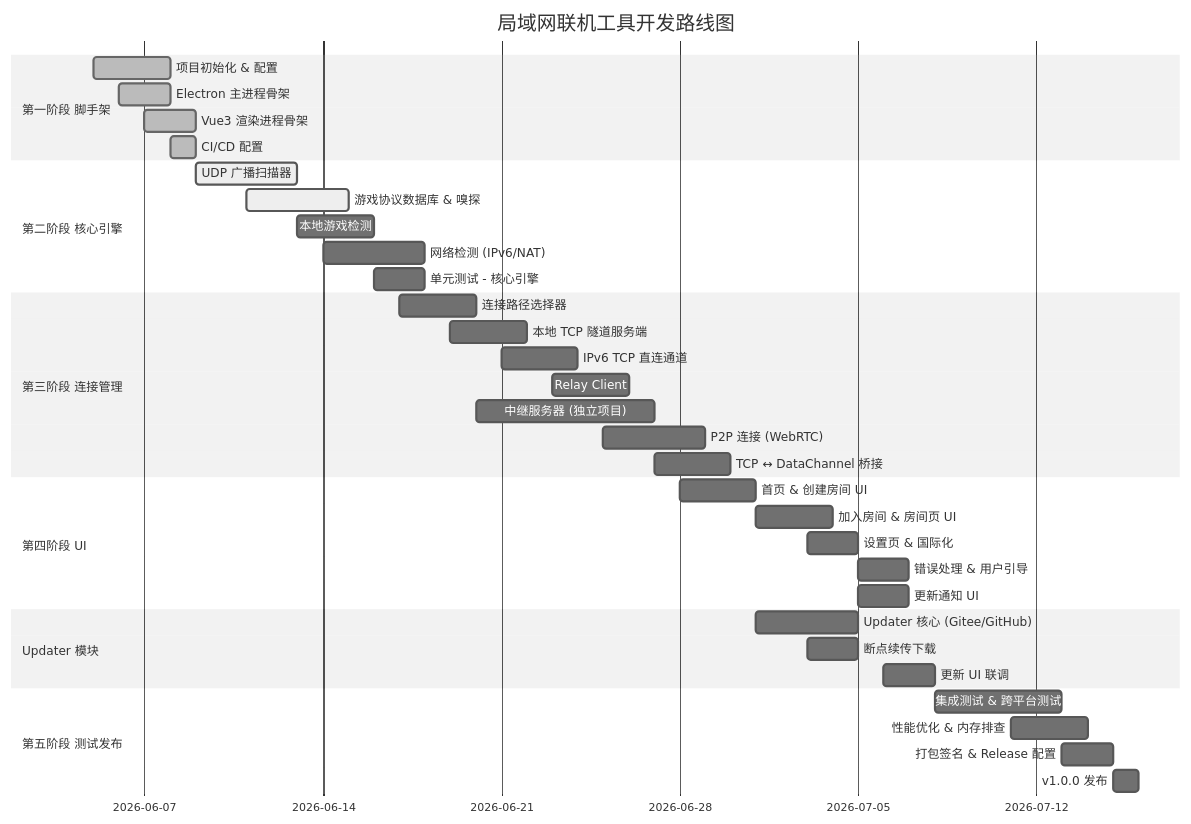
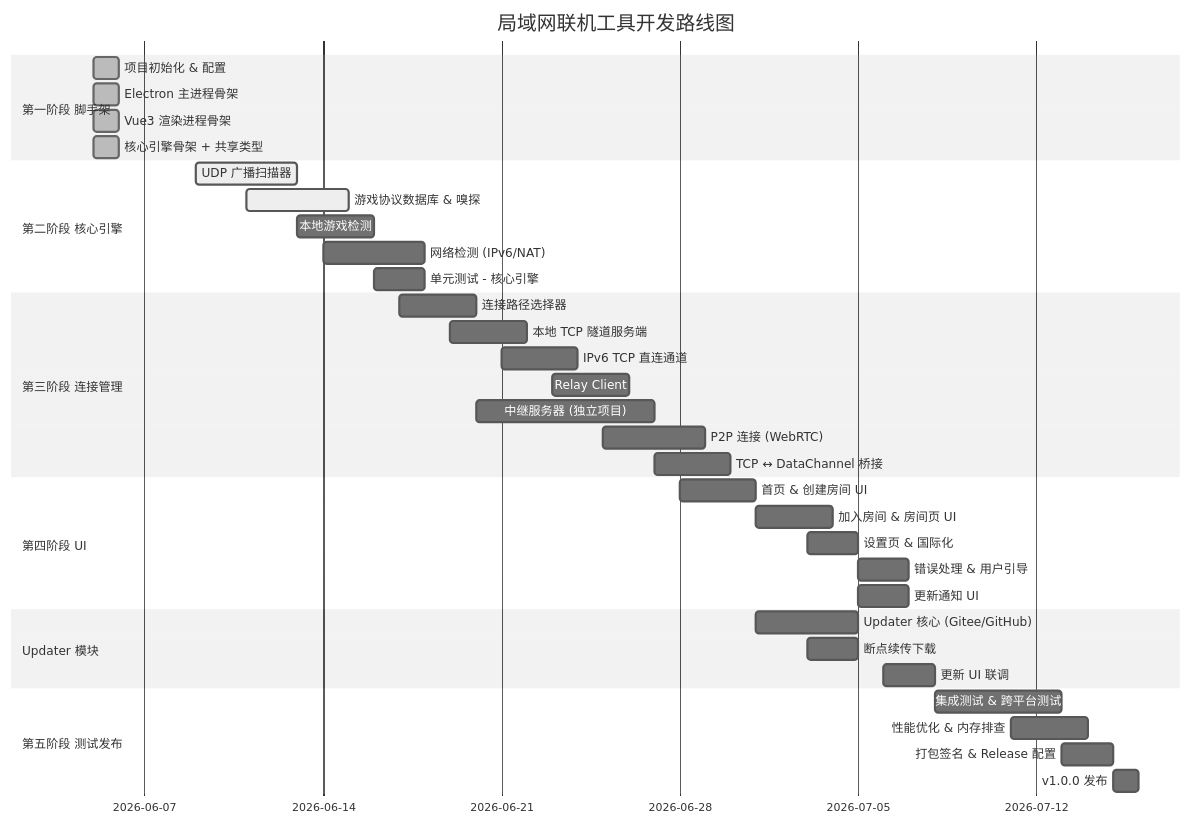
One commit to xwms/simple-game-interaction changed the diagram in docs/开发计划.md. Above: the diagram before and after it, drawn with Mermaid (neutral theme). The commit also changed other lines of this file and 54 other files, not shown here.

````diff
--- a/docs/开发计划.md
+++ b/docs/开发计划.md
@@ -5,44 +5,44 @@
 ```mermaid
 gantt
     title 局域网联机工具开发路线图
     dateFormat  YYYY-MM-DD
     section 第一阶段 脚手架
-    项目初始化 & 配置           :done, 2026-06-05, 3d
-    Electron 主进程骨架          :done, 2026-06-06, 2d
-    Vue3 渲染进程骨架            :done, 2026-06-07, 2d
-    CI/CD 配置                  :done, 2026-06-08, 1d
+    项目初始化 & 配置           :done, 2026-06-05, 1d
+    Electron 主进程骨架          :done, 2026-06-05, 1d
+    Vue3 渲染进程骨架            :done, 2026-06-05, 1d
+    核心引擎骨架 + 共享类型      :done, 2026-06-05, 1d
 
     section 第二阶段 核心引擎
     UDP 广播扫描器              :active, 2026-06-09, 4d
     游戏协议数据库 & 嗅探        :active, 2026-06-11, 4d
     本地游戏检测                :2026-06-13, 3d
     网络检测 (IPv6/NAT)         :2026-06-14, 4d
     单元测试 - 核心引擎          :2026-06-16, 2d
 
     section 第三阶段 连接管理
     连接路径选择器              :2026-06-17, 3d
     本地 TCP 隧道服务端          :2026-06-19, 3d
     IPv6 TCP 直连通道           :2026-06-21, 3d
     Relay Client               :2026-06-23, 3d
     中继服务器 (独立项目)        :2026-06-20, 7d
     P2P 连接 (WebRTC)           :2026-06-25, 4d
     TCP ↔ DataChannel 桥接      :2026-06-27, 3d
 
     section 第四阶段 UI
     首页 & 创建房间 UI           :2026-06-28, 3d
     加入房间 & 房间页 UI         :2026-07-01, 3d
     设置页 & 国际化              :2026-07-03, 2d
     错误处理 & 用户引导          :2026-07-05, 2d
     更新通知 UI                 :2026-07-05, 2d
 
     section Updater 模块
     Updater 核心 (Gitee/GitHub)  :2026-07-01, 4d
     断点续传下载                  :2026-07-03, 2d
     更新 UI 联调                 :2026-07-06, 2d
 
     section 第五阶段 测试发布
     集成测试 & 跨平台测试        :2026-07-08, 5d
     性能优化 & 内存排查          :2026-07-11, 3d
     打包签名 & Release 配置      :2026-07-13, 2d
     v1.0.0 发布                 :2026-07-15, 1d
 ```
````
